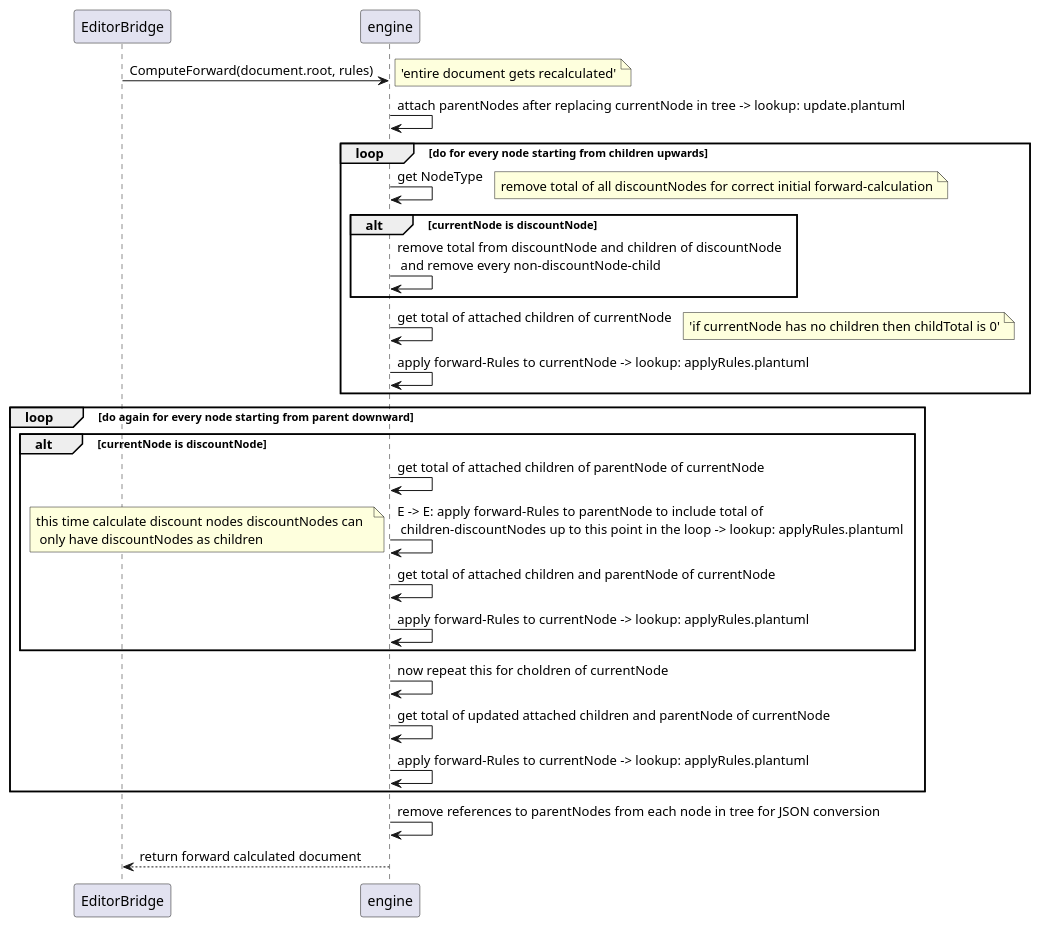
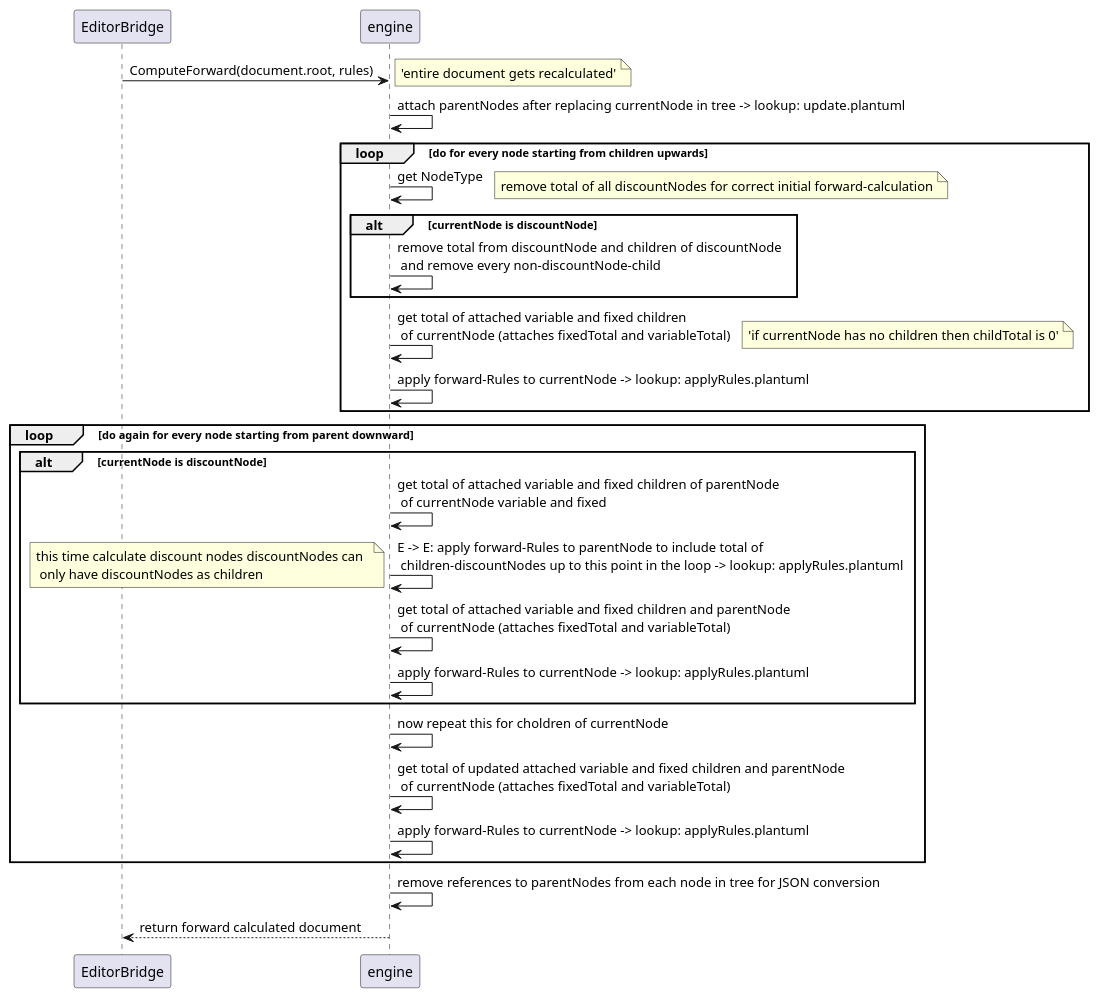
The diagram in src/semantic/doc/update-forward.plantuml (JoniRaptor/semantic-cost-position-calculation), drawn with PlantUML before and after one commit. The commit also changed 8 other files, not shown here.

```diff
--- a/src/semantic/doc/update-forward.plantuml
+++ b/src/semantic/doc/update-forward.plantuml
@@ -1,32 +1,32 @@
 @startuml
 participant "EditorBridge" as Bridge
 participant "engine" as E
 
 Bridge -> E: ComputeForward(document.root, rules)
 note right: 'entire document gets recalculated'
 E -> E: attach parentNodes after replacing currentNode in tree -> lookup: update.plantuml
 loop do for every node starting from children upwards
     E -> E: get NodeType
     note right: remove total of all discountNodes for correct initial forward-calculation
     alt currentNode is discountNode
     E->E: remove total from discountNode and children of discountNode \n and remove every non-discountNode-child
     end
-    E -> E: get total of attached children of currentNode
+    E -> E: get total of attached variable and fixed children \n of currentNode (attaches fixedTotal and variableTotal)
     note right: 'if currentNode has no children then childTotal is 0'
     E -> E: apply forward-Rules to currentNode -> lookup: applyRules.plantuml
 end
 loop do again for every node starting from parent downward
     alt currentNode is discountNode
-    E->E: get total of attached children of parentNode of currentNode
+    E->E: get total of attached variable and fixed children of parentNode \n of currentNode variable and fixed
     E->E: E -> E: apply forward-Rules to parentNode to include total of \n children-discountNodes up to this point in the loop -> lookup: applyRules.plantuml
     note left: this time calculate discount nodes discountNodes can  \n only have discountNodes as children
-    E->E: get total of attached children and parentNode of currentNode
+    E->E: get total of attached variable and fixed children and parentNode \n of currentNode (attaches fixedTotal and variableTotal)
     E -> E: apply forward-Rules to currentNode -> lookup: applyRules.plantuml
     end
     E->E: now repeat this for choldren of currentNode
-    E->E: get total of updated attached children and parentNode of currentNode
+    E->E: get total of updated attached variable and fixed children and parentNode \n of currentNode (attaches fixedTotal and variableTotal)
     E -> E: apply forward-Rules to currentNode -> lookup: applyRules.plantuml
 end
 E->E: remove references to parentNodes from each node in tree for JSON conversion
 E --> Bridge: return forward calculated document
 @enduml
```
